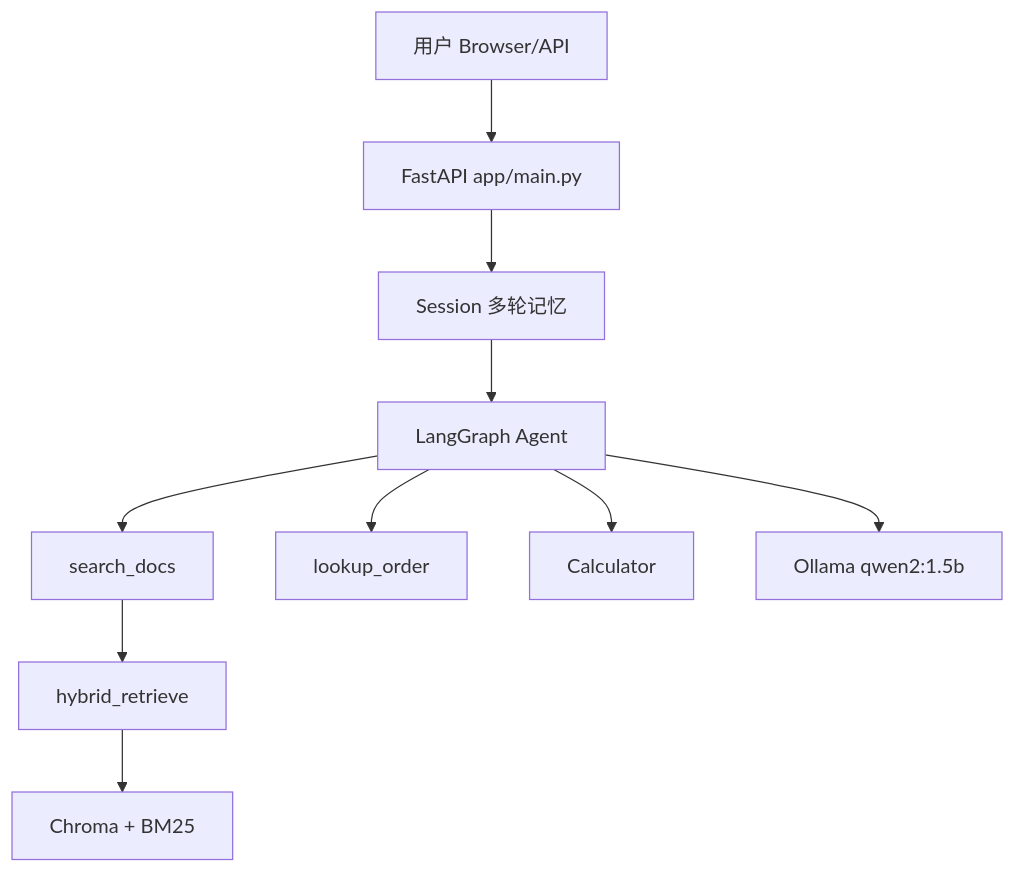
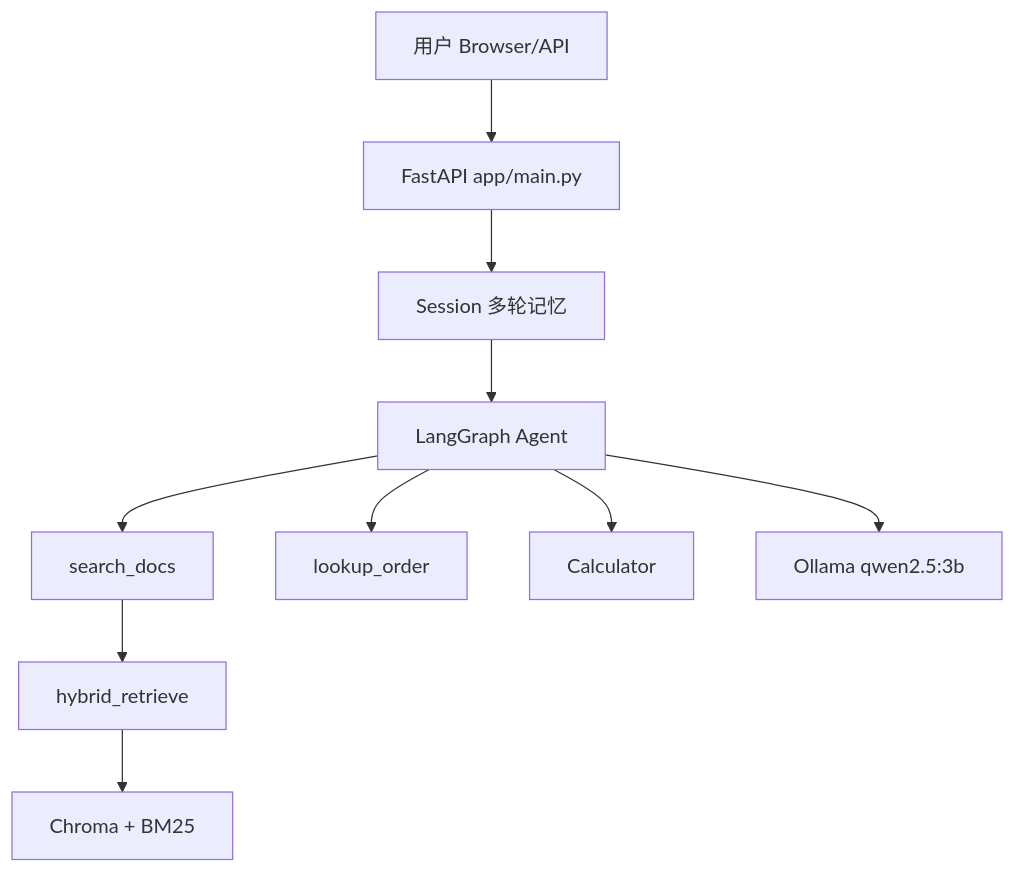
Before and after one commit to yjr998/enterprise-kb-agent: the diagram in README.md, drawn with Mermaid. The commit also changed other lines of this file and 6 other files, not shown here.

````diff
--- a/README.md
+++ b/README.md
@@ -24,12 +24,12 @@
 ```mermaid
 flowchart TD
     A[用户 Browser/API] --> B[FastAPI app/main.py]
     B --> C[Session 多轮记忆]
     C --> D[LangGraph Agent]
     D --> E[search_docs]
     D --> F[lookup_order]
     D --> G[Calculator]
     E --> H[hybrid_retrieve]
     H --> I[Chroma + BM25]
-    D --> J[Ollama qwen2:1.5b]
+    D --> J[Ollama qwen2.5:3b]
 ```
````
